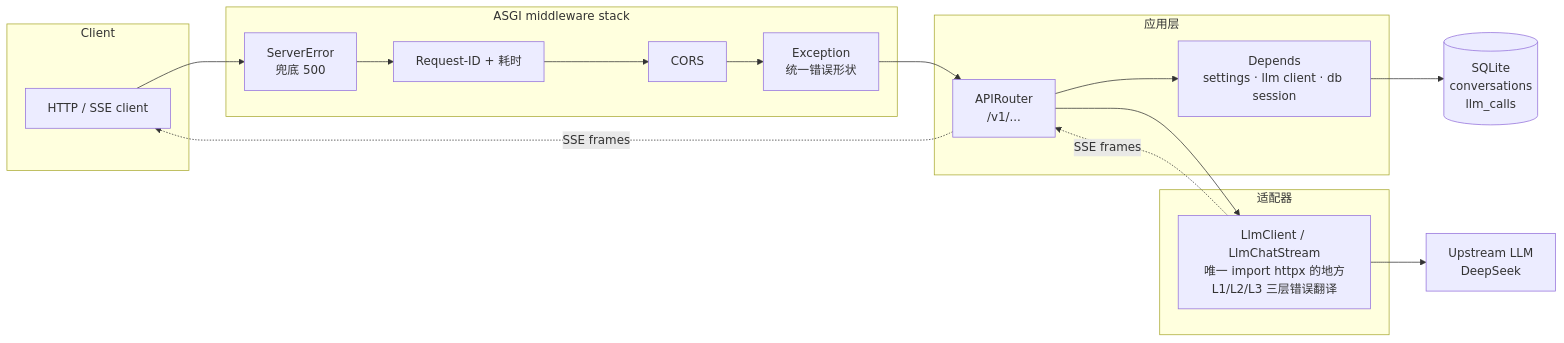
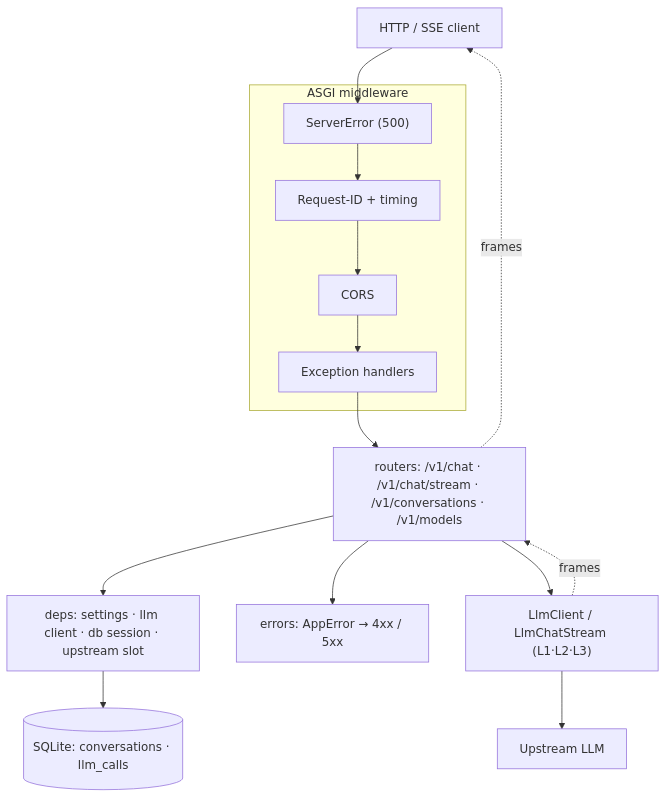
The diagram in README.md (Tanking020/llm-gateway), drawn with Mermaid before and after one commit. The commit also changed other lines of this file, not shown here.

````diff
--- a/README.md
+++ b/README.md
@@ -44,32 +59,27 @@
 ```mermaid
-flowchart LR
-    subgraph Client
-        C[HTTP / SSE client]
+flowchart TB
+    C["HTTP / SSE client"]
+
+    subgraph ASGI["ASGI middleware"]
+        M1["ServerError (500)"]
+        M2["Request-ID + timing"]
+        M3["CORS"]
+        M4["Exception handlers"]
     end
 
-    subgraph ASGI["ASGI middleware stack"]
-        M1[ServerError<br/>兜底 500]
-        M2[Request-ID + 耗时]
-        M3[CORS]
-        M4[Exception<br/>统一错误形状]
-    end
-
-    subgraph App["应用层"]
-        R[APIRouter<br/>/v1/...]
-        D[Depends<br/>settings · llm client · db session]
-    end
-
-    subgraph Adapter["适配器"]
-        A[LlmClient / LlmChatStream<br/>唯一 import httpx 的地方<br/>L1/L2/L3 三层错误翻译]
-    end
-
-    DB[(SQLite<br/>conversations<br/>llm_calls)]
-    U[Upstream LLM<br/>DeepSeek]
+    R["routers: /v1/chat · /v1/chat/stream · /v1/conversations · /v1/models"]
+    D["deps: settings · llm client · db session · upstream slot"]
+    E["errors: AppError → 4xx / 5xx"]
+    A["LlmClient / LlmChatStream (L1·L2·L3)"]
+    DB[("SQLite: conversations · llm_calls")]
+    U["Upstream LLM"]
 
     C --> M1 --> M2 --> M3 --> M4 --> R
     R --> D
+    R --> E
+    R --> A
+    A --> U
+    A -.->|frames| R
+    R -.->|frames| C
     D --> DB
-    R --> A --> U
-    A -. SSE frames .-> R
-    R -. SSE frames .-> C
 ```
````
